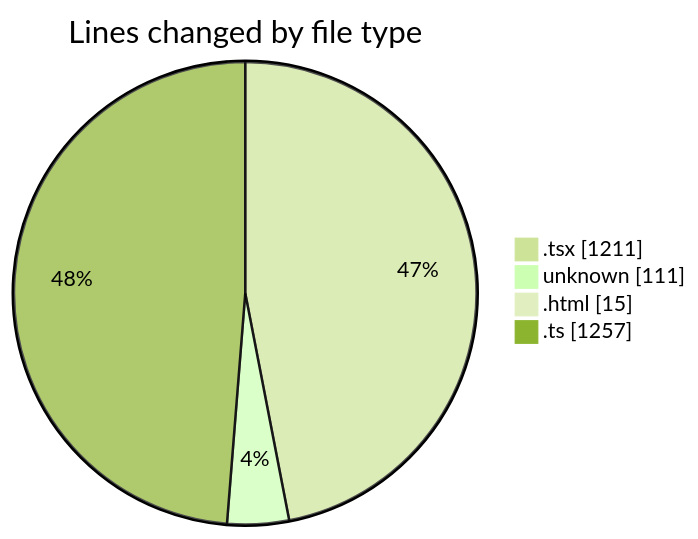
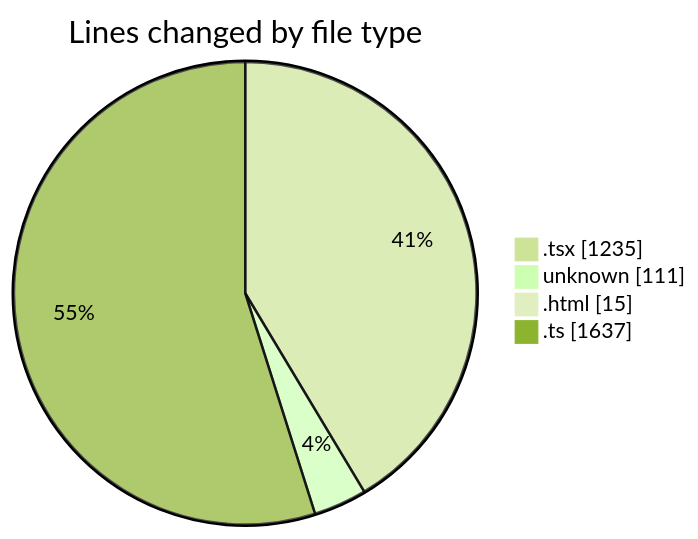
One commit to JenPaints/code-tracking changed the first of 2 diagrams in 2025-06-23/archive/README.md. Above: the diagram before and after it, drawn with Mermaid (forest theme). The commit also changed other lines of this file and 1 other file, not shown here.

````diff
--- a/2025-06-23/archive/README.md
+++ b/2025-06-23/archive/README.md
@@ -26,8 +27,8 @@
 ```mermaid
 pie showData
 title Lines changed by file type
-".tsx" : 1211
+".tsx" : 1235
 "unknown" : 111
 ".html" : 15
-".ts" : 1257
+".ts" : 1637
 ```
````
